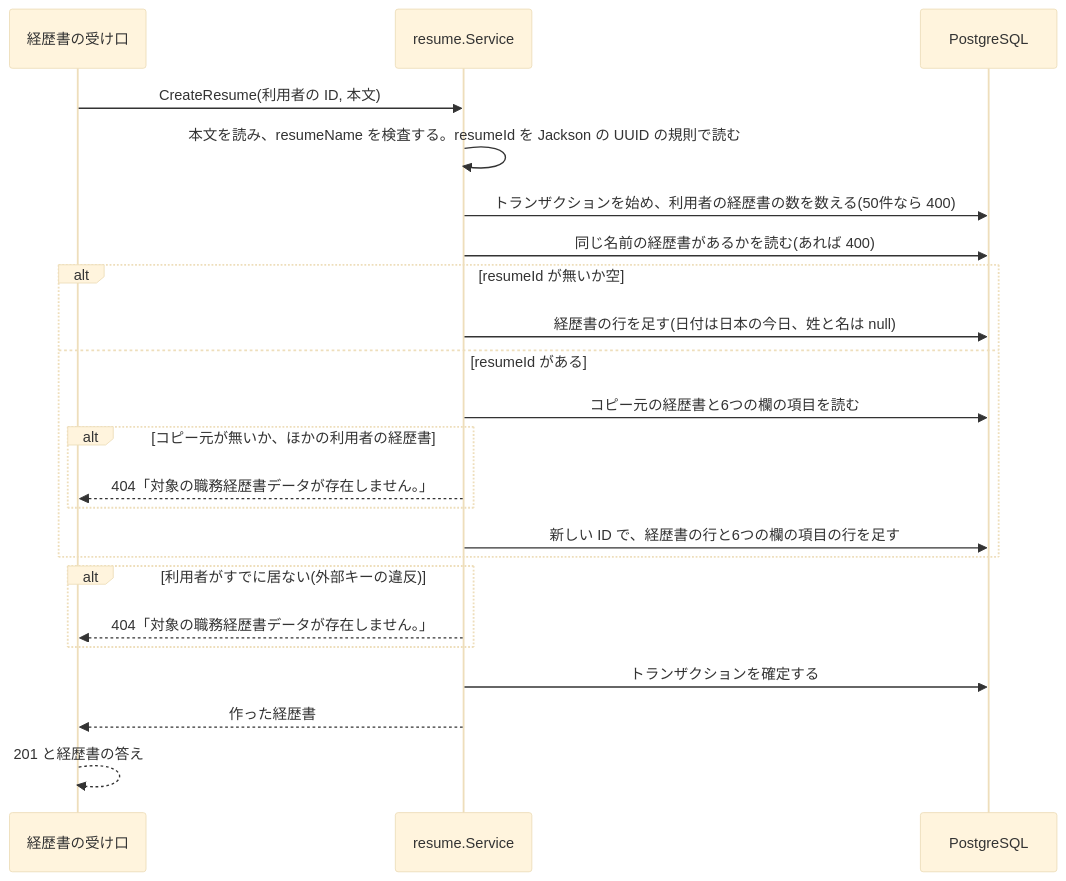
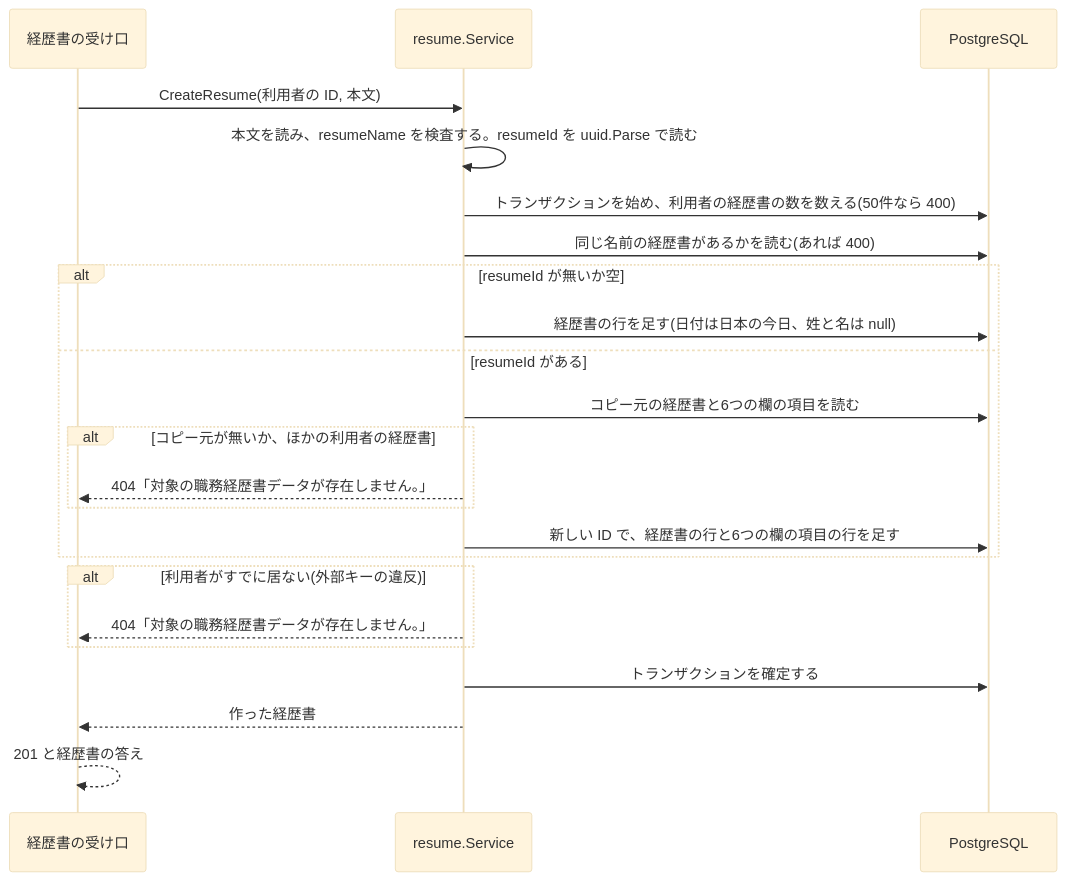
One commit to DogisRiki/KeirekiPro changed the third of 3 diagrams in .kiro/specs/backend-go-master-resumes/design.md. Above: the diagram before and after it, drawn with Mermaid (base theme). The commit also changed other lines of this file and 13 other files, not shown here.

````diff
--- a/.kiro/specs/backend-go-master-resumes/design.md
+++ b/.kiro/specs/backend-go-master-resumes/design.md
@@ -191,25 +202,25 @@
 ```mermaid
 sequenceDiagram
     participant H as 経歴書の受け口
     participant S as resume.Service
     participant DB as PostgreSQL
     H->>S: CreateResume(利用者の ID, 本文)
-    S->>S: 本文を読み、resumeName を検査する。resumeId を Jackson の UUID の規則で読む
+    S->>S: 本文を読み、resumeName を検査する。resumeId を uuid.Parse で読む
     S->>DB: トランザクションを始め、利用者の経歴書の数を数える(50件なら 400)
     S->>DB: 同じ名前の経歴書があるかを読む(あれば 400)
     alt resumeId が無いか空
         S->>DB: 経歴書の行を足す(日付は日本の今日、姓と名は null)
     else resumeId がある
         S->>DB: コピー元の経歴書と6つの欄の項目を読む
         alt コピー元が無いか、ほかの利用者の経歴書
             S-->>H: 404「対象の職務経歴書データが存在しません。」
         end
         S->>DB: 新しい ID で、経歴書の行と6つの欄の項目の行を足す
     end
     alt 利用者がすでに居ない(外部キーの違反)
         S-->>H: 404「対象の職務経歴書データが存在しません。」
     end
     S->>DB: トランザクションを確定する
     S-->>H: 作った経歴書
     H-->>H: 201 と経歴書の答え
 ```
````
